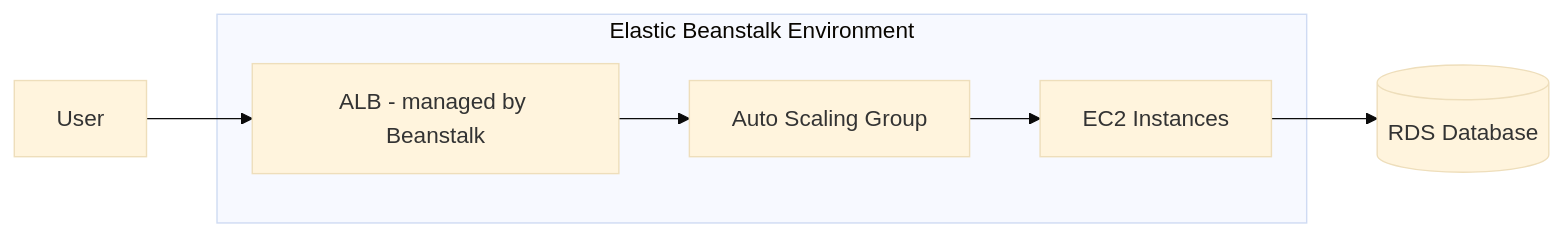
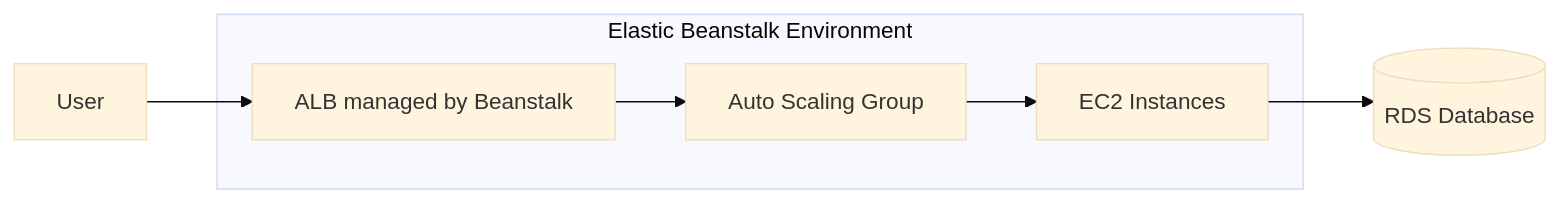
One commit to vilasvarghesescaler/CompanySpecific changed the second of 12 diagrams in IamDistributor.md. Above: the diagram before and after it, drawn with Mermaid (base theme). The commit also changed other lines of this file, not shown here.

````diff
--- a/IamDistributor.md
+++ b/IamDistributor.md
@@ -72,9 +71,9 @@
 ```mermaid
 flowchart LR
-    User --> ALB2[ALB - managed by Beanstalk]
+    User --> ALB2[ALB managed by Beanstalk]
     subgraph BE["Elastic Beanstalk Environment"]
         ALB2 --> ASG2[Auto Scaling Group]
         ASG2 --> EC2X[EC2 Instances]
     end
     EC2X --> RDS2[("RDS Database")]
 ```
````
